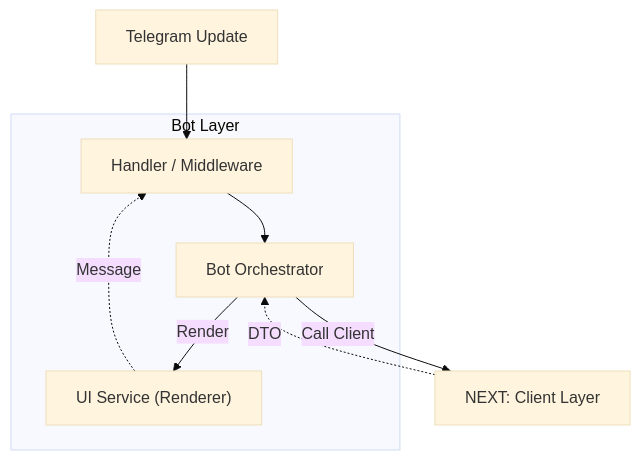
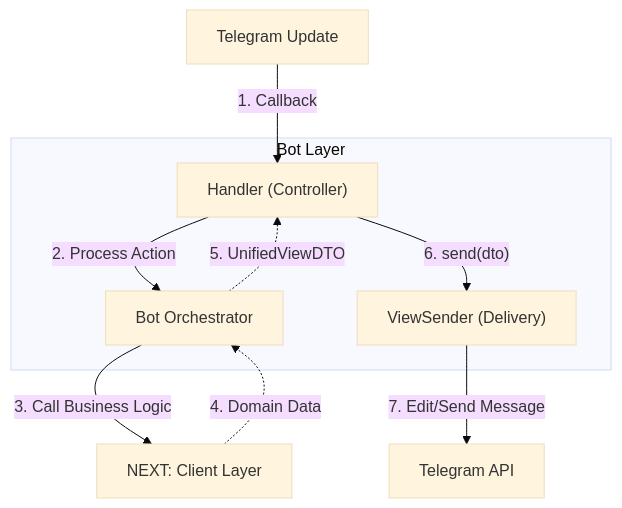
Before and after one commit to CodexDLC/telegram_bot_rpg: the second of 6 diagrams in docs/dis_docs/05_diagrams/01_Architecture_Overview.md, drawn with Mermaid (base theme). The commit also changed other lines of this file and 88 other files, not shown here.

````diff
--- a/docs/dis_docs/05_diagrams/01_Architecture_Overview.md
+++ b/docs/dis_docs/05_diagrams/01_Architecture_Overview.md
@@ -31,20 +31,24 @@
 ```mermaid
 graph TD
     Input["Telegram Update"]
+    Telegram["Telegram API"]
 
     subgraph Bot_Layer ["Bot Layer"]
-        Handler["Handler / Middleware"]
+        Handler["Handler (Controller)"]
         Orch["Bot Orchestrator"]
-        UI["UI Service (Renderer)"]
+        Sender["ViewSender (Delivery)"]
     end
 
     Output["NEXT: Client Layer"]
 
-    Input --> Handler
-    Handler --> Orch
-    Orch -->|"Call Client"| Output
+    %% Flow
+    Input -->|"1. Callback"| Handler
+    Handler -->|"2. Process Action"| Orch
+    Orch -->|"3. Call Business Logic"| Output
     
-    Output -.->|"DTO"| Orch
-    Orch -->|"Render"| UI
-    UI -.->|"Message"| Handler
+    Output -.->|"4. Domain Data"| Orch
+    Orch -.->|"5. UnifiedViewDTO"| Handler
+    
+    Handler -->|"6. send(dto)"| Sender
+    Sender -->|"7. Edit/Send Message"| Telegram
 ```
````
